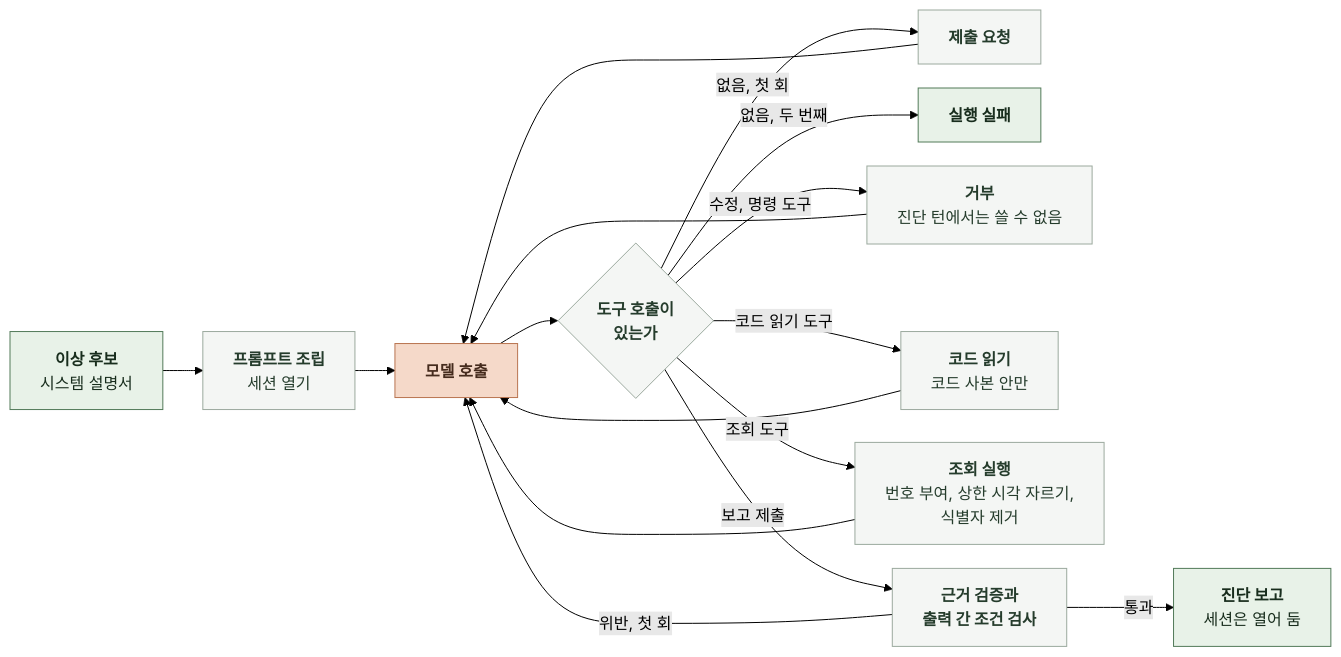
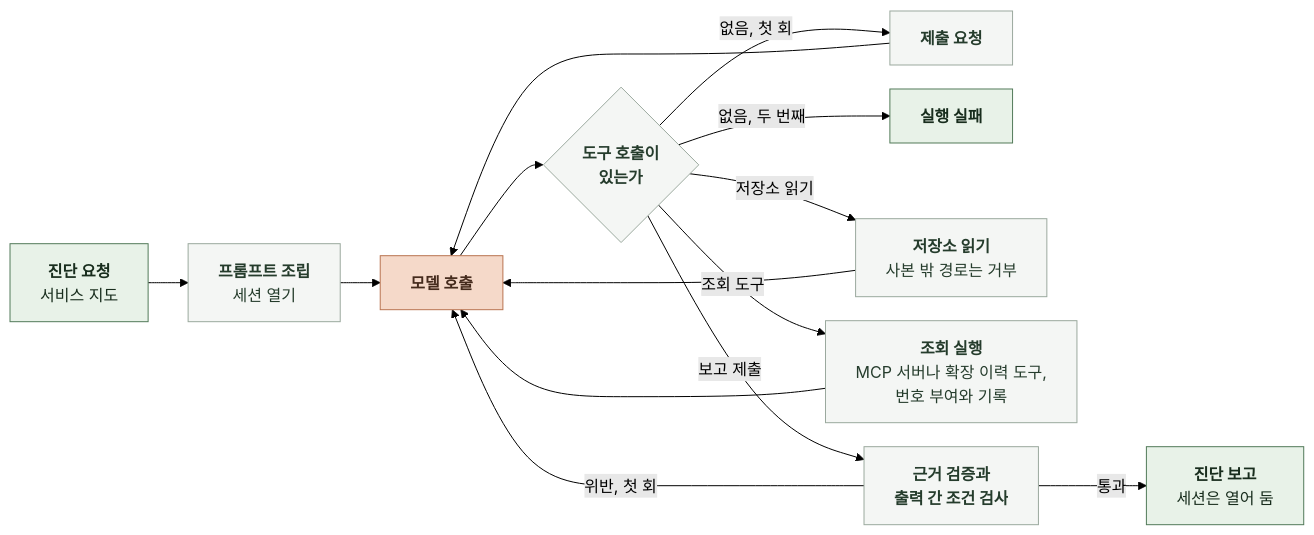
Before and after one commit to KIM-N-KANG/knk-harness: the diagram in docs/domain/OBSERVABILITY/AI/6-1-AI-EXECUTION.md, drawn with Mermaid (forest theme). The commit also changed other lines of this file and 18 other files, not shown here.

````diff
--- a/docs/domain/OBSERVABILITY/AI/6-1-AI-EXECUTION.md
+++ b/docs/domain/OBSERVABILITY/AI/6-1-AI-EXECUTION.md
@@ -11,34 +11,31 @@
 ```mermaid
 %%{init: {"flowchart": {"curve": "basis", "nodeSpacing": 24, "rankSpacing": 40}}}%%
 flowchart LR
-    I["`**이상 후보**
-시스템 설명서`"] --> P["`**프롬프트 조립**
+    I["`**진단 요청**
+서비스 지도`"] --> P["`**프롬프트 조립**
 세션 열기`"]
     P --> M["`**모델 호출**`"]
     M --> T{"`**도구 호출이
 있는가**`"}
     T -->|"`없음, 첫 회`"| R["`**제출 요청**`"]
     T -->|"`없음, 두 번째`"| F["`**실행 실패**`"]
-    T -->|"`수정, 명령 도구`"| D["`**거부**
-진단 턴에서는 쓸 수 없음`"]
-    T -->|"`코드 읽기 도구`"| K["`**코드 읽기**
-코드 사본 안만`"]
+    T -->|"`저장소 읽기`"| K["`**저장소 읽기**
+사본 밖 경로는 거부`"]
     T -->|"`조회 도구`"| Q["`**조회 실행**
-번호 부여, 상한 시각 자르기,
-식별자 제거`"]
+MCP 서버나 확장 이력 도구,
+번호 부여와 기록`"]
     T -->|"`보고 제출`"| V["`**근거 검증과
 출력 간 조건 검사**`"]
     R --> M
-    D --> M
     K --> M
     Q --> M
     V -->|"`위반, 첫 회`"| M
     V -->|"`통과`"| O["`**진단 보고**
 세션은 열어 둠`"]
     classDef data fill:#E8F2E8,stroke:#527A59,color:#182D1D
     classDef model fill:#F5D9C9,stroke:#B97450,color:#452B1D
     classDef code fill:#F4F6F4,stroke:#9BA99E,color:#253C2C
     class I,O,F data
     class M model
-    class P,T,Q,K,V,R,D code
+    class P,T,Q,K,V,R code
 ```
````
